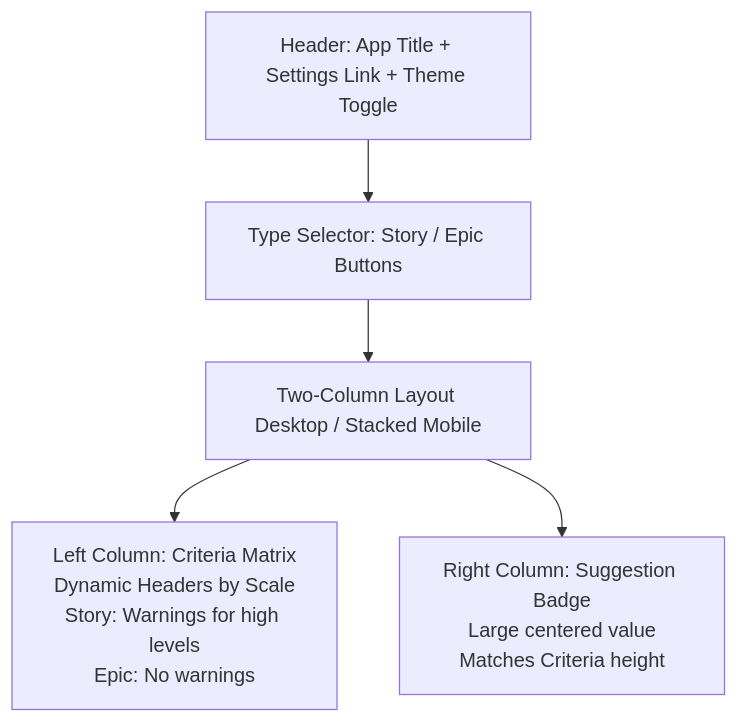
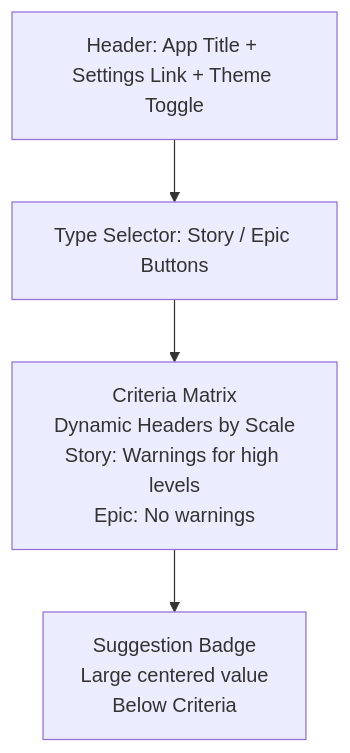
One commit to DoJo-2025/PlanningPokerTool changed the second of 3 diagrams in plans/architecture.md. Above: the diagram before and after it, drawn with Mermaid. The commit also changed other lines of this file and 2 other files, not shown here.

Commit message:
Layout: Move Suggestion below Criteria, update requirements and architecture docs

````diff
--- a/plans/architecture.md
+++ b/plans/architecture.md
@@ -214,8 +214,7 @@
 ```mermaid
 graph TD
     Header[Header: App Title + Settings Link + Theme Toggle]
     Header --> TypeSelect[Type Selector: Story / Epic Buttons]
-    TypeSelect --> Main[Two-Column Layout Desktop / Stacked Mobile]
-    Main --> LeftCol[Left Column: Criteria Matrix<br/>Dynamic Headers by Scale<br/>Story: Warnings for high levels<br/>Epic: No warnings]
-    Main --> RightCol[Right Column: Suggestion Badge<br/>Large centered value<br/>Matches Criteria height]
+    TypeSelect --> CriteriaSection[Criteria Matrix<br/>Dynamic Headers by Scale<br/>Story: Warnings for high levels<br/>Epic: No warnings]
+    CriteriaSection --> Suggestion[Suggestion Badge<br/>Large centered value<br/>Below Criteria]
 ```
````
